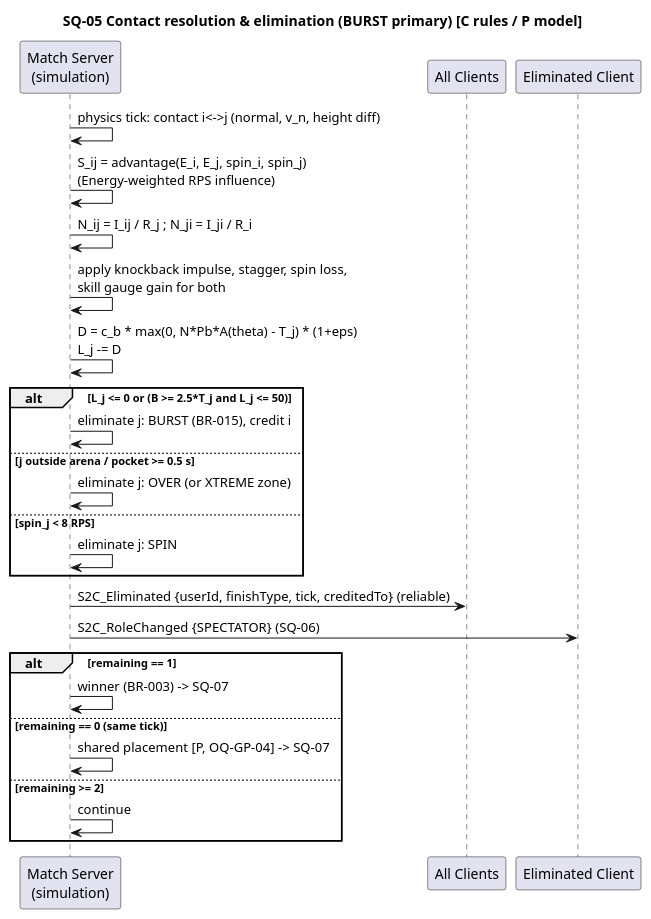
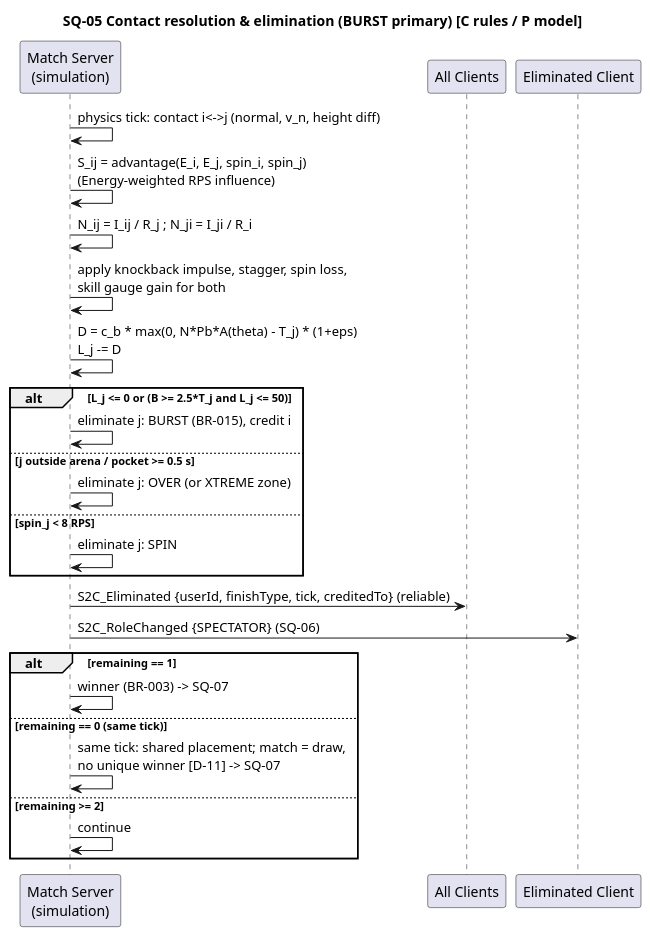
Before and after one commit to houcine212-hub/Bayblade_Sesytem: the diagram in docs/02-uml/sequence/SQ-05-elimination.puml, drawn with PlantUML. The commit also changed 57 other files, not shown here.

```diff
--- a/docs/02-uml/sequence/SQ-05-elimination.puml
+++ b/docs/02-uml/sequence/SQ-05-elimination.puml
@@ -1,27 +1,27 @@
 @startuml SQ-05
 title SQ-05 Contact resolution & elimination (BURST primary) [C rules / P model]
 participant "Match Server\n(simulation)" as MS
 participant "All Clients" as C
 participant "Eliminated Client" as E
 MS -> MS : physics tick: contact i<->j (normal, v_n, height diff)
 MS -> MS : S_ij = advantage(E_i, E_j, spin_i, spin_j)\n(Energy-weighted RPS influence)
 MS -> MS : N_ij = I_ij / R_j ; N_ji = I_ji / R_i
 MS -> MS : apply knockback impulse, stagger, spin loss,\nskill gauge gain for both
 MS -> MS : D = c_b * max(0, N*Pb*A(theta) - T_j) * (1+eps)\nL_j -= D
 alt L_j <= 0 or (B >= 2.5*T_j and L_j <= 50)
   MS -> MS : eliminate j: BURST (BR-015), credit i
 else j outside arena / pocket >= 0.5 s
   MS -> MS : eliminate j: OVER (or XTREME zone)
 else spin_j < 8 RPS
   MS -> MS : eliminate j: SPIN
 end
 MS -> C : S2C_Eliminated {userId, finishType, tick, creditedTo} (reliable)
 MS -> E : S2C_RoleChanged {SPECTATOR} (SQ-06)
 alt remaining == 1
   MS -> MS : winner (BR-003) -> SQ-07
 else remaining == 0 (same tick)
-  MS -> MS : shared placement [P, OQ-GP-04] -> SQ-07
+  MS -> MS : same tick: shared placement; match = draw,\nno unique winner [D-11] -> SQ-07
 else remaining >= 2
   MS -> MS : continue
 end
 @enduml
```
